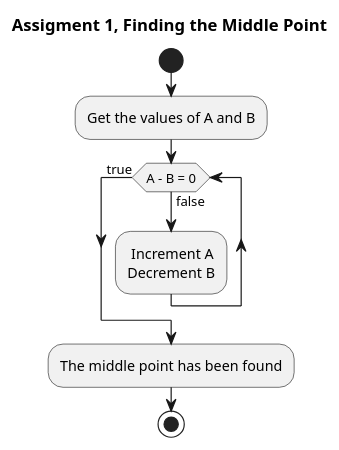
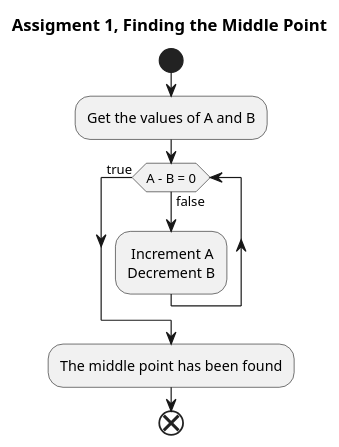
Before and after one commit to TobyNatooor/machine-prog-group-1: the diagram in diagrams/assignment_1.pu, drawn with PlantUML.

Commit message:
Lidt flottere diagram1

```diff
--- a/diagrams/assignment_1.pu
+++ b/diagrams/assignment_1.pu
@@ -1,18 +1,18 @@
 @startuml assignment_1
 
 skinparam linetype ortho
 hide empty methods
 hide empty fields
 hide circle
 
 title Assigment 1, Finding the Middle Point
 
 start
 :Get the values of A and B;
 while (A - B = 0) is (false)
     : Increment A\nDecrement B;
 endwhile (true)
 :The middle point has been found;
-stop
+end
 
 @enduml
```
